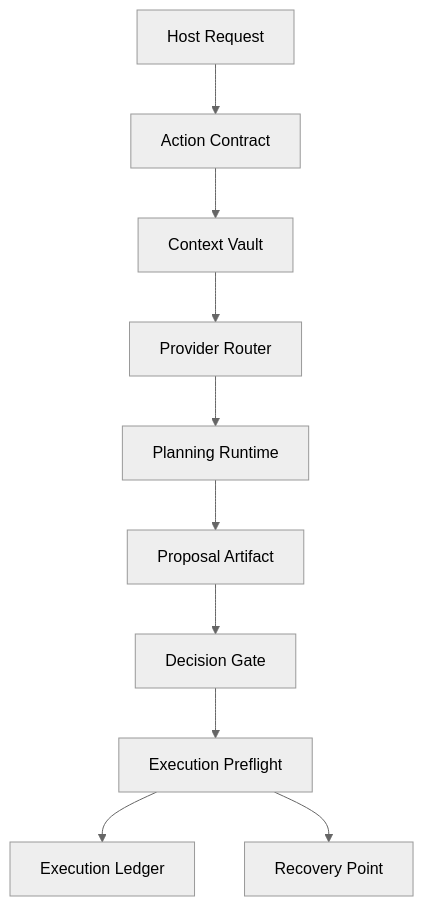
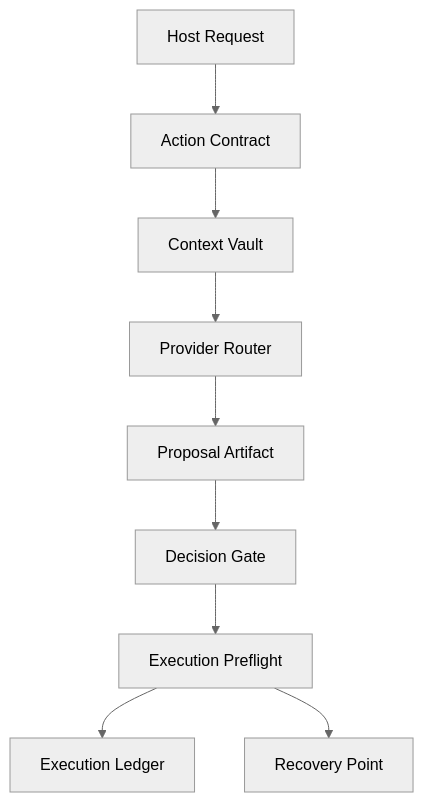
One commit to Stefan-Len/deterministic-agent-runtime-architecture changed the diagram in docs/ARCHITECTURE.md. Above: the diagram before and after it, drawn with Mermaid (neutral theme). The commit also changed other lines of this file and 20 other files, not shown here.

````diff
--- a/docs/ARCHITECTURE.md
+++ b/docs/ARCHITECTURE.md
@@ -7,12 +7,11 @@
 ```mermaid
 flowchart TD
     Request["Host Request"] --> Contract["Action Contract"]
     Contract --> Context["Context Vault"]
     Context --> Router["Provider Router"]
-    Router --> Planner["Planning Runtime"]
-    Planner --> Artifact["Proposal Artifact"]
+    Router --> Artifact["Proposal Artifact"]
     Artifact --> Gate["Decision Gate"]
     Gate --> Preflight["Execution Preflight"]
     Preflight --> Ledger["Execution Ledger"]
     Preflight --> Recovery["Recovery Point"]
 ```
````
